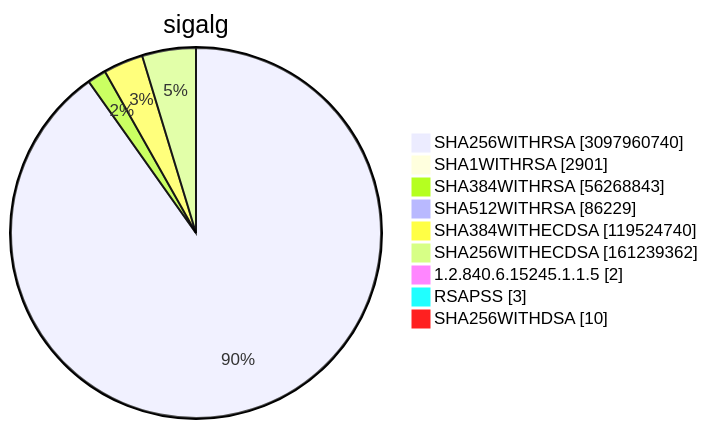
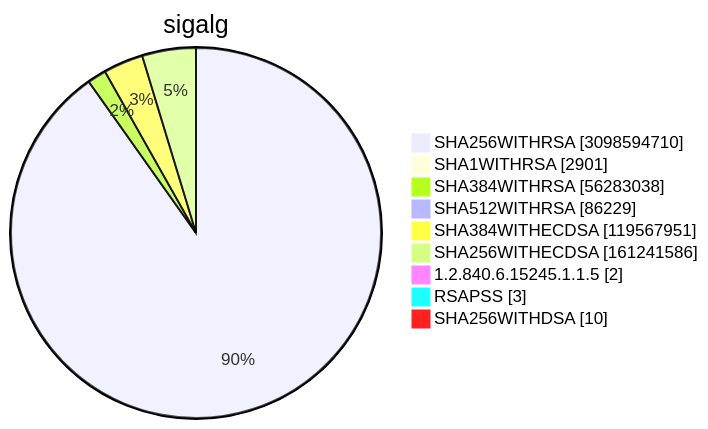
Before and after one commit to christiankrug/ctmonitor_visualization: diagram 15 of 15 in TOTAL/README.md, drawn with Mermaid. The commit also changed other lines of this file, not shown here.

````diff
--- a/TOTAL/README.md
+++ b/TOTAL/README.md
@@ -6212,13 +6212,13 @@
 ```mermaid
 pie showData
 title sigalg
-"SHA256WITHRSA" :3097960740
+"SHA256WITHRSA" :3098594710
 "SHA1WITHRSA" :2901
-"SHA384WITHRSA" :56268843
+"SHA384WITHRSA" :56283038
 "SHA512WITHRSA" :86229
-"SHA384WITHECDSA" :119524740
-"SHA256WITHECDSA" :161239362
+"SHA384WITHECDSA" :119567951
+"SHA256WITHECDSA" :161241586
 "1.2.840.6.15245.1.1.5" :2
 "RSAPSS" :3
 "SHA256WITHDSA" :10
 ```
````
